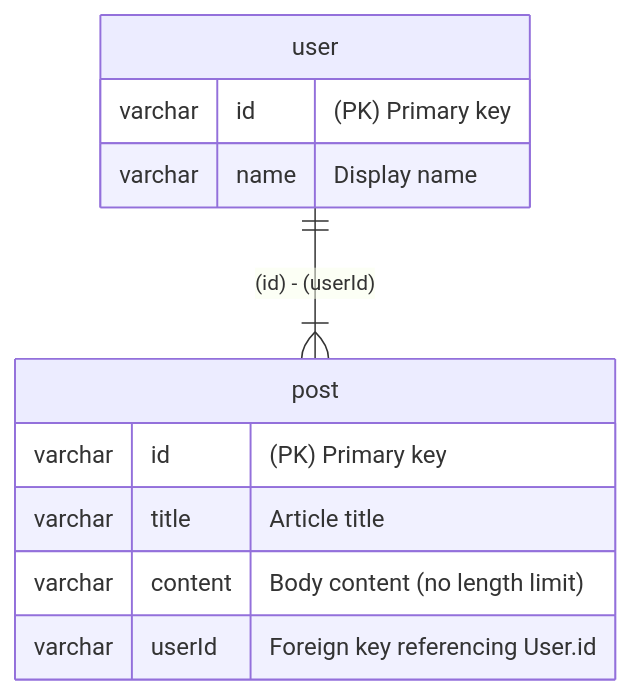
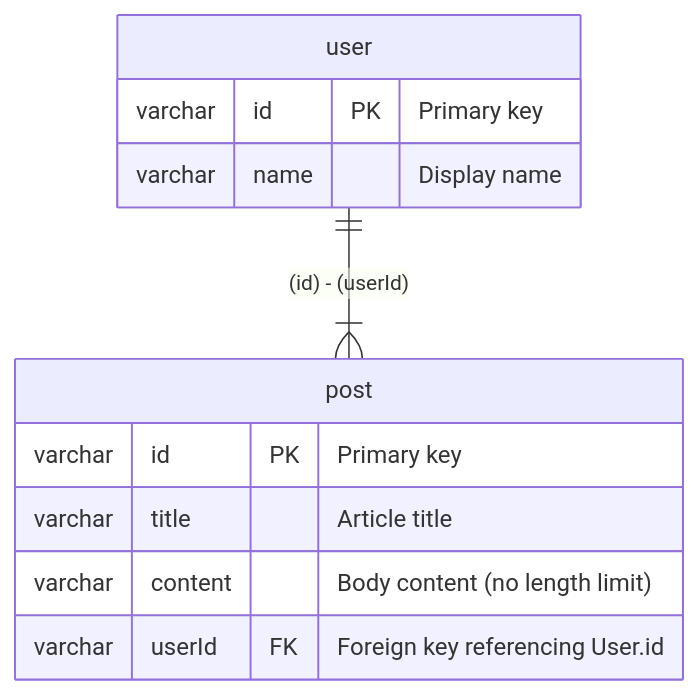
One commit to nakita628/sizuku changed the diagram in fixtures/example/mermaid-er/ER.md. Above: the diagram before and after it, drawn with Mermaid. The commit also changed 66 other files, not shown here.

````diff
--- a/fixtures/example/mermaid-er/ER.md
+++ b/fixtures/example/mermaid-er/ER.md
@@ -1,14 +1,14 @@
 ```mermaid
 erDiagram
     user ||--}| post : "(id) - (userId)"
     user {
-        varchar id "(PK) Primary key"
+        varchar id PK "Primary key"
         varchar name "Display name"
     }
     post {
-        varchar id "(PK) Primary key"
+        varchar id PK "Primary key"
         varchar title "Article title"
         varchar content "Body content (no length limit)"
-        varchar userId "Foreign key referencing User.id"
+        varchar userId FK "Foreign key referencing User.id"
     }
 ```
````
